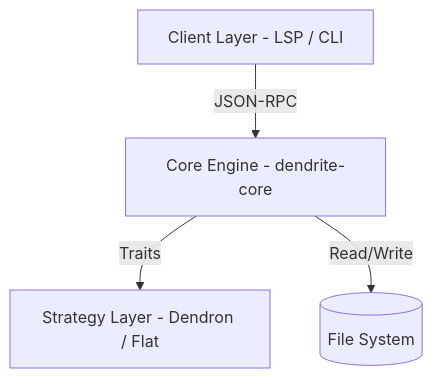
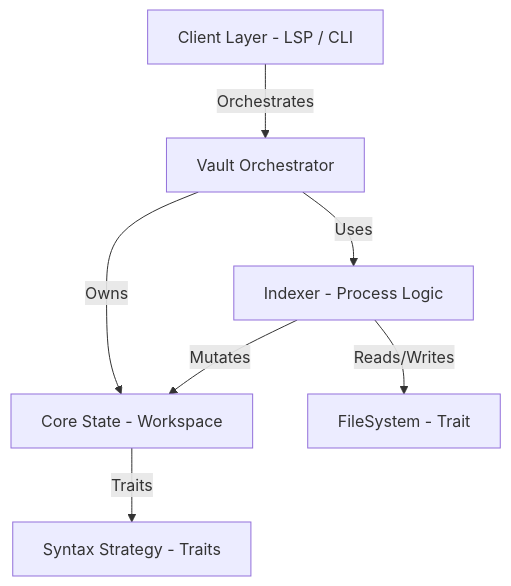
One commit to rrandom/dendrite changed the diagram in design/architecture.md. Above: the diagram before and after it, drawn with Mermaid. The commit also changed other lines of this file and 5 other files, not shown here.

````diff
--- a/design/architecture.md
+++ b/design/architecture.md
@@ -9,10 +9,16 @@
 ```mermaid
 graph TD
     Client[Client Layer - LSP / CLI]
-    Core[Core Engine - dendrite-core]
-    Strategy[Strategy Layer - Dendron / Flat]
+    Vault[Vault Orchestrator]
+    Indexer[Indexer - Process Logic]
+    Core[Core State - Workspace]
+    Strategy[Syntax Strategy - Traits]
+    VFS[FileSystem - Trait]
     
-    Client -- JSON-RPC --> Core
+    Client -- Orchestrates --> Vault
+    Vault -- Owns --> Core
+    Vault -- Uses --> Indexer
+    Indexer -- Mutates --> Core
+    Indexer -- Reads/Writes --> VFS
     Core -- Traits --> Strategy
-    Core -- Read/Write --> FS[(File System)]
 ```
````
